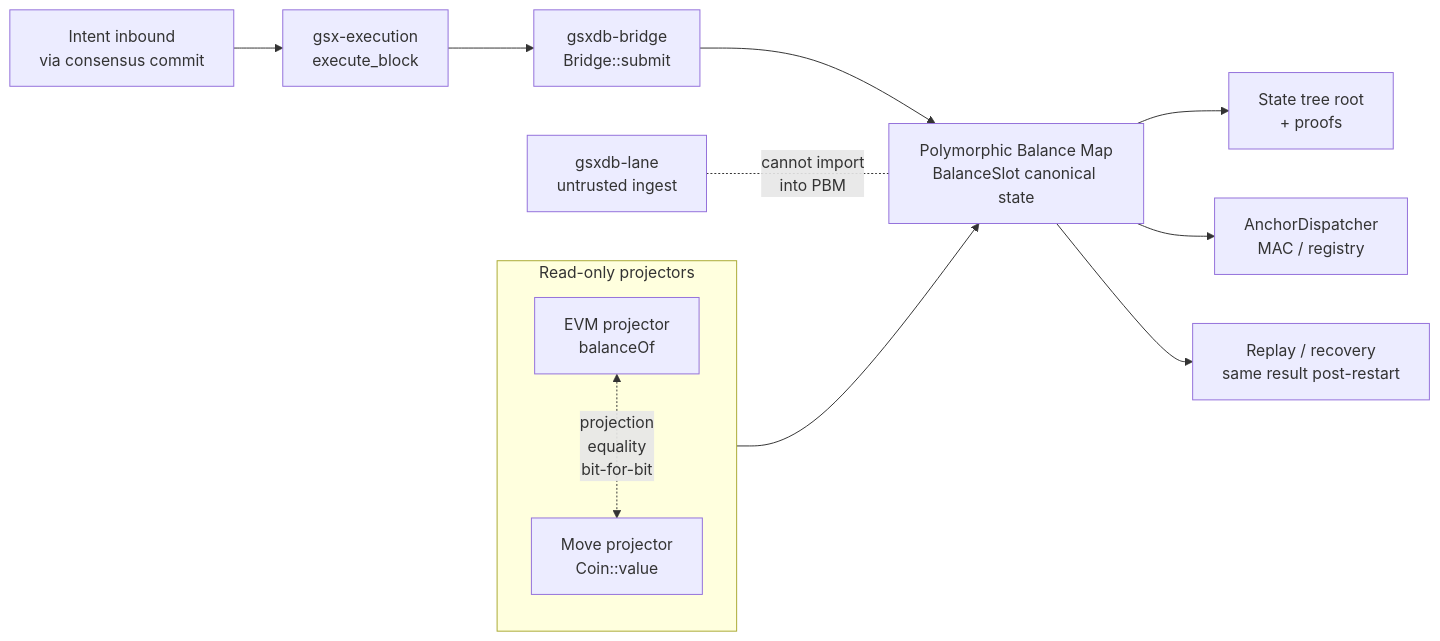
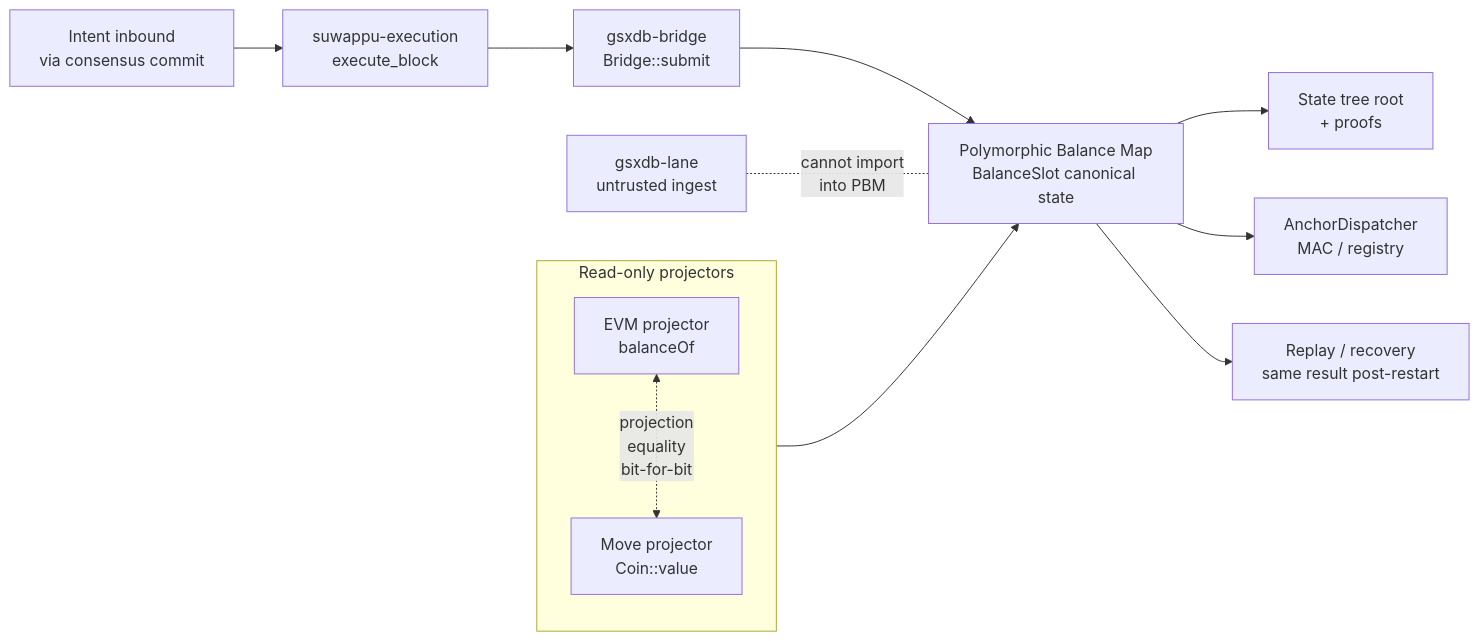
One commit to Suwappu-Labs/suwappu-dag changed the seventh of 8 diagrams in docs/visuals/README.md. Above: the diagram before and after it, drawn with Mermaid. The commit also changed other lines of this file and 592 other files, not shown here.

First line of the commit message:
Rebrand gsx -> suwappu across the DAG L1 workspace

````diff
--- a/docs/visuals/README.md
+++ b/docs/visuals/README.md
@@ -194,16 +194,16 @@
 ```mermaid
 flowchart LR
-    Intent[Intent inbound<br/>via consensus commit] --> Exec[gsx-execution<br/>execute_block]
+    Intent[Intent inbound<br/>via consensus commit] --> Exec[suwappu-execution<br/>execute_block]
     Exec --> Bridge[gsxdb-bridge<br/>Bridge::submit]
     Bridge --> PBM[Polymorphic Balance Map<br/>BalanceSlot canonical state]
     PBM --> Tree[State tree root<br/>+ proofs]
     PBM --> Anchor[AnchorDispatcher<br/>MAC / registry]
     PBM --> Replay[Replay / recovery<br/>same result post-restart]
     Lane[gsxdb-lane<br/>untrusted ingest] -. cannot import<br/>into PBM .- PBM
     subgraph Projectors[Read-only projectors]
       EVM[EVM projector<br/>balanceOf]
       Move[Move projector<br/>Coin::value]
     end
     Projectors --> PBM
     EVM <-.->|projection<br/>equality<br/>bit-for-bit| Move
 ```
````
